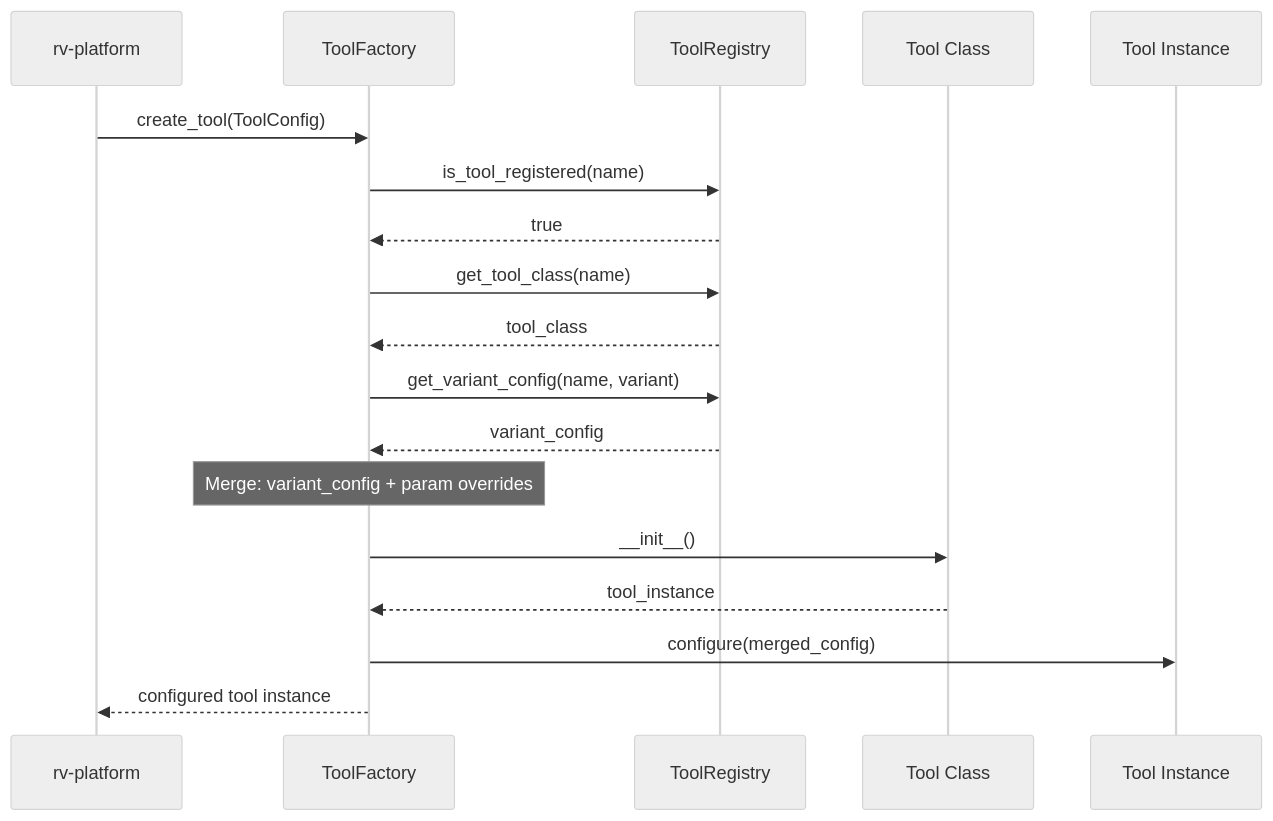
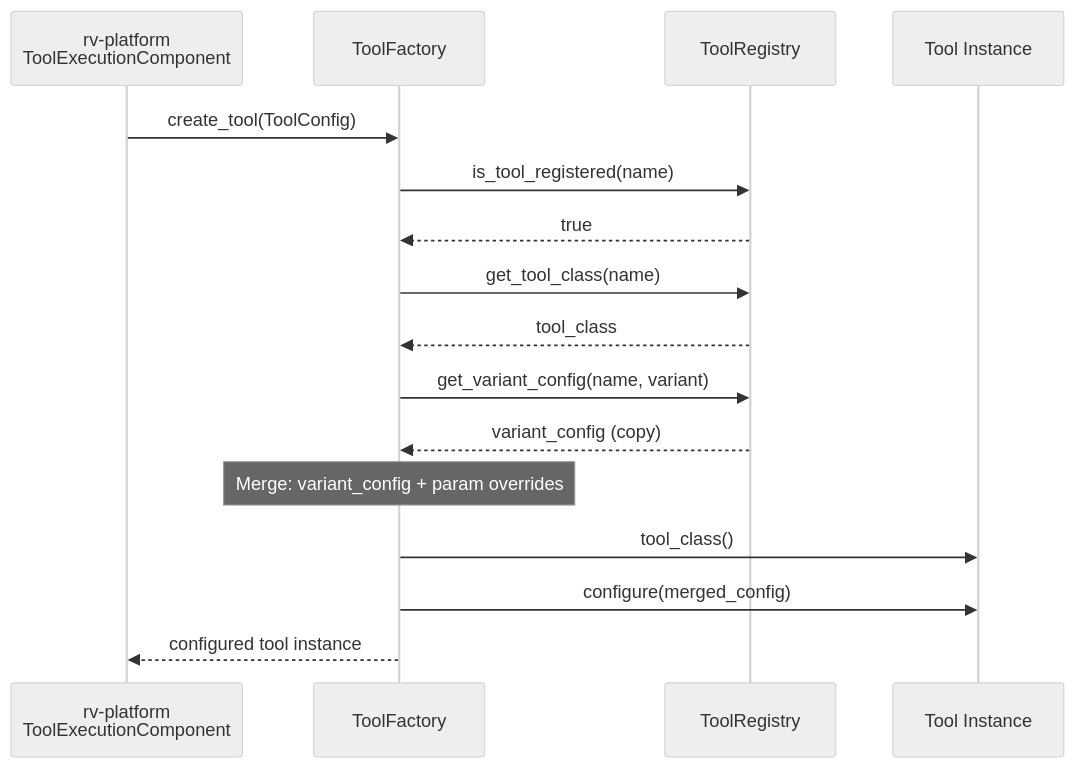
Before and after one commit to PAMunb/rvsec: the fifth of 6 diagrams in rv-android/modules/rv-tools/docs/architecture.md, drawn with Mermaid. The commit also changed other lines of this file and 17 other files, not shown here.

First line of the commit message:
docs(tg5): architecture docs for all 13 modules + aperv spec rewrite + script updates (refs #48)

````diff
--- a/rv-android/modules/rv-tools/docs/architecture.md
+++ b/rv-android/modules/rv-tools/docs/architecture.md
@@ -282,22 +319,20 @@
 ```mermaid
 %%{init: {'theme': 'neutral'}}%%
 sequenceDiagram
-    participant Platform as rv-platform
-    participant Factory as ToolFactory
-    participant Registry as ToolRegistry
-    participant ToolCls as Tool Class
+    participant Platform as rv-platform<br/>ToolExecutionComponent
+    participant Fact as ToolFactory
+    participant Reg as ToolRegistry
     participant ToolInst as Tool Instance
 
-    Platform->>Factory: create_tool(ToolConfig)
-    Factory->>Registry: is_tool_registered(name)
-    Registry-->>Factory: true
-    Factory->>Registry: get_tool_class(name)
-    Registry-->>Factory: tool_class
-    Factory->>Registry: get_variant_config(name, variant)
-    Registry-->>Factory: variant_config
-    Note over Factory: Merge: variant_config + param overrides
-    Factory->>ToolCls: __init__()
-    ToolCls-->>Factory: tool_instance
-    Factory->>ToolInst: configure(merged_config)
-    Factory-->>Platform: configured tool instance
+    Platform->>Fact: create_tool(ToolConfig)
+    Fact->>Reg: is_tool_registered(name)
+    Reg-->>Fact: true
+    Fact->>Reg: get_tool_class(name)
+    Reg-->>Fact: tool_class
+    Fact->>Reg: get_variant_config(name, variant)
+    Reg-->>Fact: variant_config (copy)
+    Note over Fact: Merge: variant_config + param overrides
+    Fact->>ToolInst: tool_class()
+    Fact->>ToolInst: configure(merged_config)
+    Fact-->>Platform: configured tool instance
 ```
````
